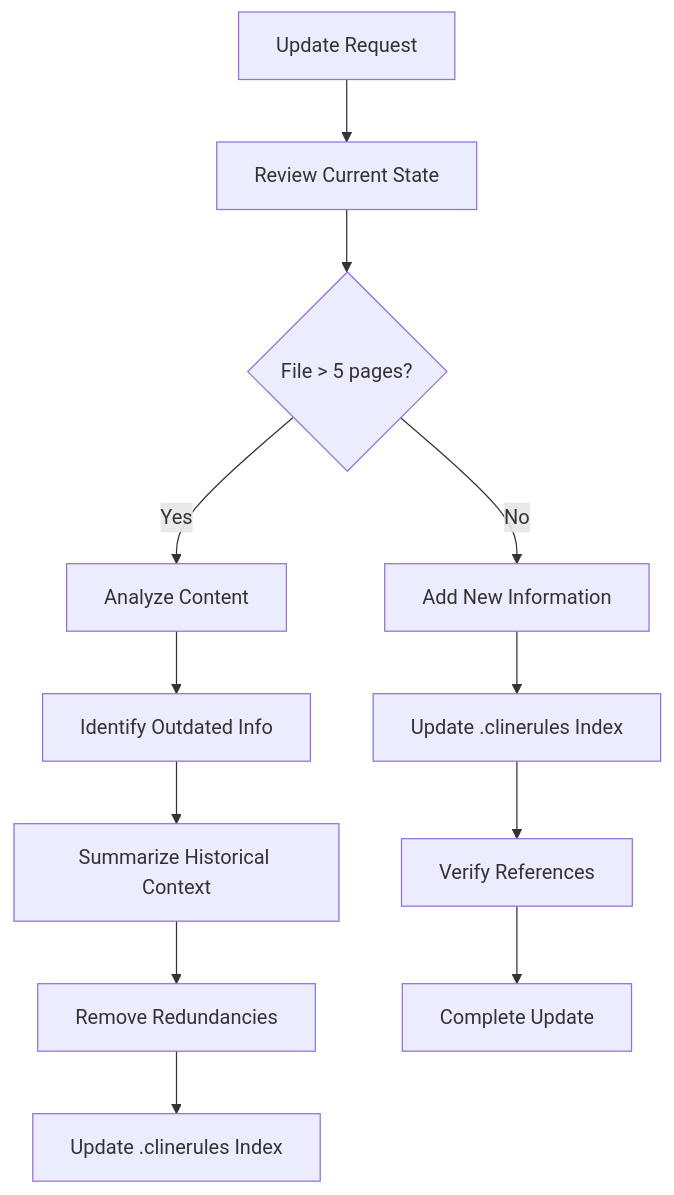
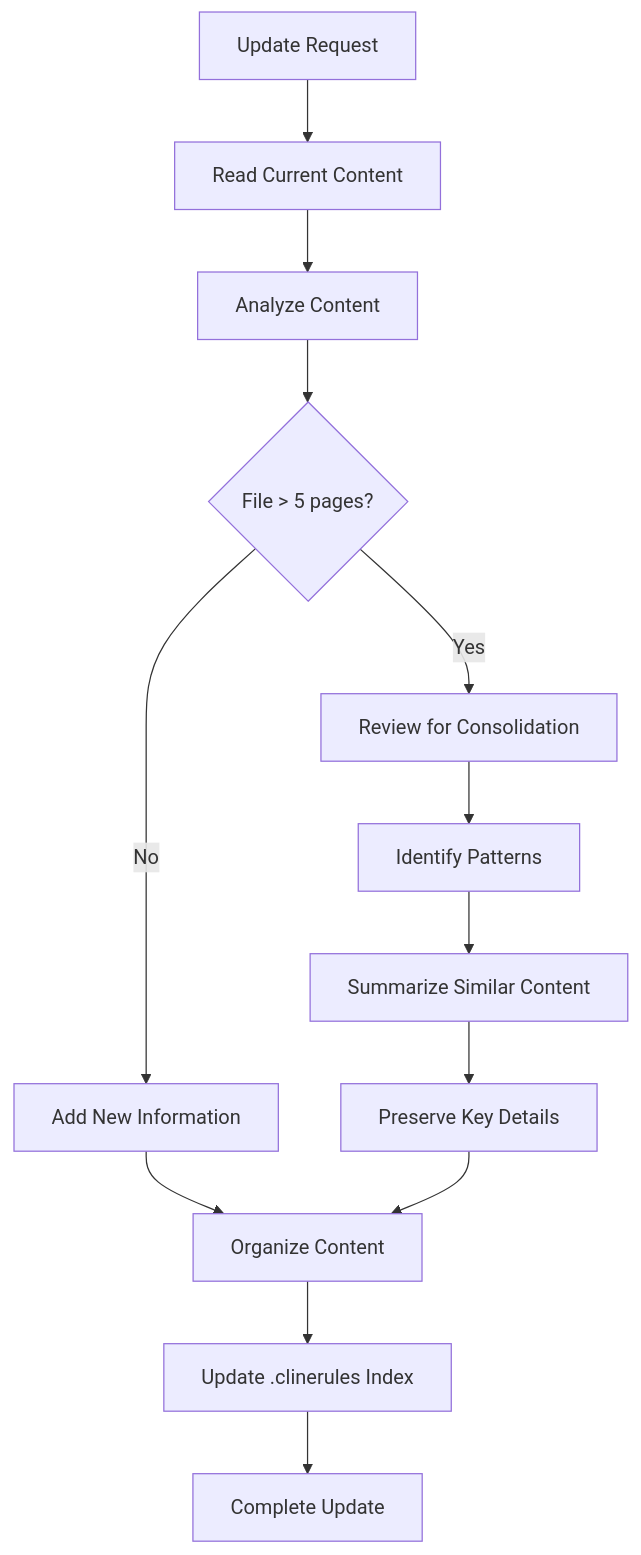
One commit to NoodleSeed-com/noodle-projects changed the third of 4 diagrams in .clinecustominstructions.md. Above: the diagram before and after it, drawn with Mermaid. The commit also changed other lines of this file and 28 other files, not shown here.

````diff
--- a/.clinecustominstructions.md
+++ b/.clinecustominstructions.md
@@ -364,17 +373,19 @@
-```mermaid
-flowchart TD
-    Start[Update Request] --> Review[Review Current State]
-    Review --> Size{File > 5 pages?}
-    
-    Size -->|No| Add[Add New Information]
-    Size -->|Yes| Analyze[Analyze Content]
-    
-    Analyze --> Outdated[Identify Outdated Info]
-    Outdated --> Summarize[Summarize Historical Context]
-    Summarize --> Remove[Remove Redundancies]
-    Remove --> Update[Update .clinerules Index]
-    
-    Add --> Index[Update .clinerules Index]
-    Index --> Verify[Verify References]
-    Verify --> Complete[Complete Update]
-```
+   ```mermaid
+   flowchart TD
+       Start[Update Request] --> Read[Read Current Content]
+       Read --> Analyze[Analyze Content]
+       
+       Analyze --> Size{File > 5 pages?}
+       Size -->|No| Add[Add New Information]
+       Size -->|Yes| Review[Review for Consolidation]
+       
+       Review --> Identify[Identify Patterns]
+       Identify --> Summarize[Summarize Similar Content]
+       Summarize --> Preserve[Preserve Key Details]
+       
+       Add --> Organize[Organize Content]
+       Preserve --> Organize
+       
+       Organize --> Index[Update .clinerules Index]
+       Index --> Complete[Complete Update]
+   ```
````
